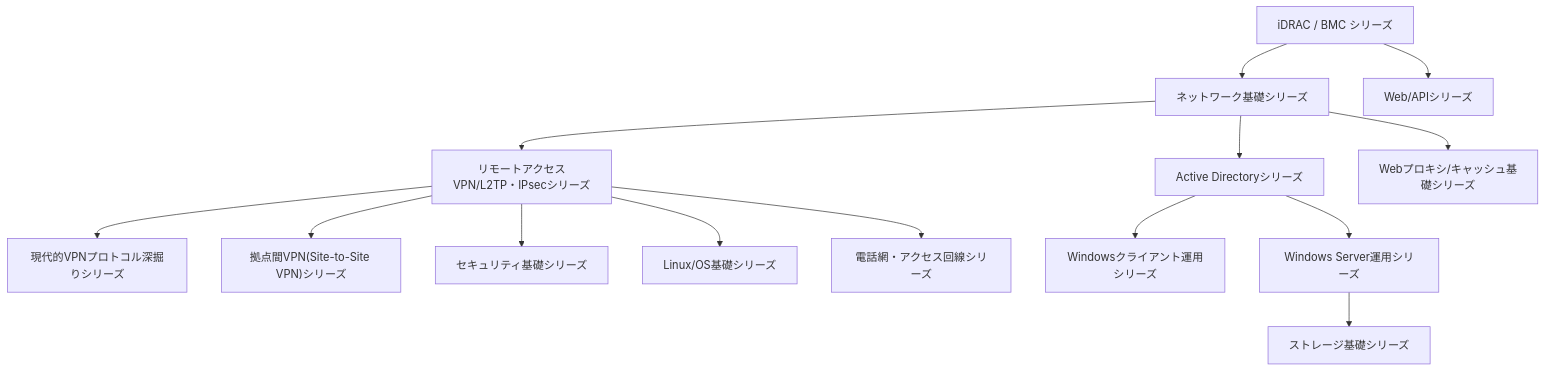
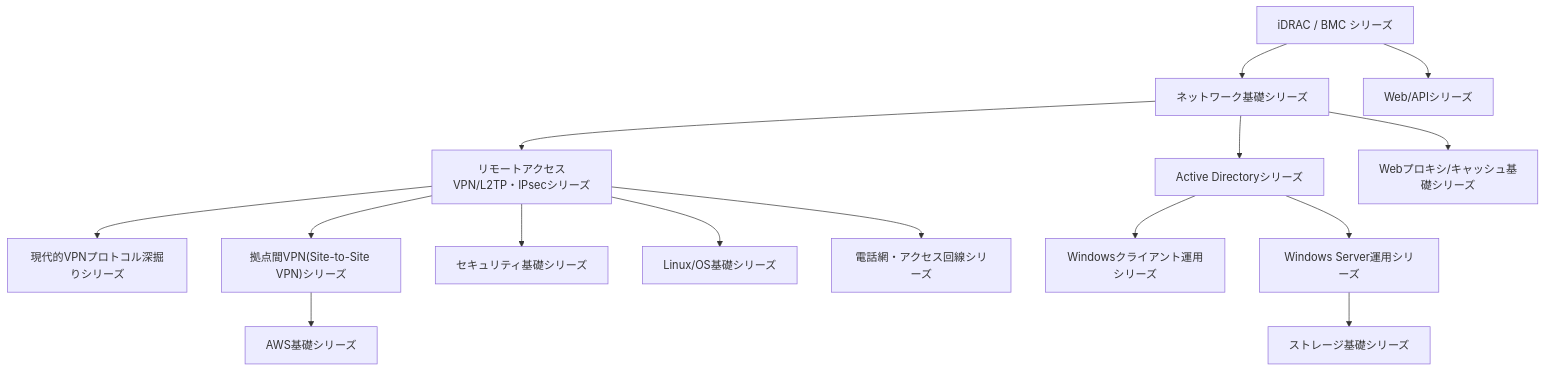
Before and after one commit to koikoi1998/koikoi-blog-20260723: the diagram in src/pages/sitemap.md, drawn with Mermaid. The commit also changed other lines of this file and 7 other files, not shown here.

````diff
--- a/src/pages/sitemap.md
+++ b/src/pages/sitemap.md
@@ -24,31 +24,33 @@
 ```mermaid
 graph TB
     Idrac["iDRAC / BMC シリーズ"]
     Network["ネットワーク基礎シリーズ"]
     Vpn["リモートアクセスVPN/L2TP・IPsecシリーズ"]
     ModernVpn["現代的VPNプロトコル深掘りシリーズ"]
     SiteToSite["拠点間VPN(Site-to-Site VPN)シリーズ"]
     Security["セキュリティ基礎シリーズ"]
     Linux["Linux/OS基礎シリーズ"]
     Telephony["電話網・アクセス回線シリーズ"]
     Api["Web/APIシリーズ"]
     ActiveDirectory["Active Directoryシリーズ"]
     WindowsClient["Windowsクライアント運用シリーズ"]
     WindowsServer["Windows Server運用シリーズ"]
     Storage["ストレージ基礎シリーズ"]
     WebProxy["Webプロキシ/キャッシュ基礎シリーズ"]
+    AwsBasics["AWS基礎シリーズ"]
 
     Idrac --> Network
     Idrac --> Api
     Network --> Vpn
     Vpn --> ModernVpn
     Vpn --> SiteToSite
     Vpn --> Security
     Vpn --> Linux
     Vpn --> Telephony
     Network --> ActiveDirectory
     ActiveDirectory --> WindowsClient
     ActiveDirectory --> WindowsServer
     WindowsServer --> Storage
     Network --> WebProxy
+    SiteToSite --> AwsBasics
 ```
````
